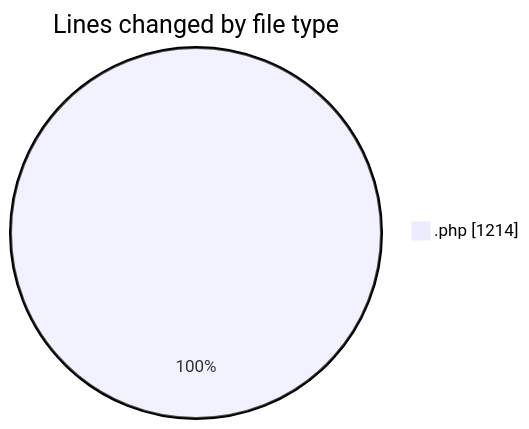
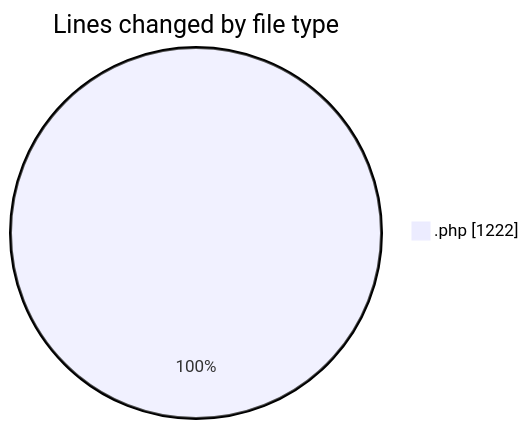
Before and after one commit to debugP/code-tracking: the first of 2 diagrams in 2025-10-14/untitled__workspace_/README.md, drawn with Mermaid. The commit also changed other lines of this file and 1 other file, not shown here.

````diff
--- a/2025-10-14/untitled__workspace_/README.md
+++ b/2025-10-14/untitled__workspace_/README.md
@@ -20,5 +20,5 @@
 ```mermaid
 pie showData
 title Lines changed by file type
-".php" : 1214
+".php" : 1222
 ```
````
